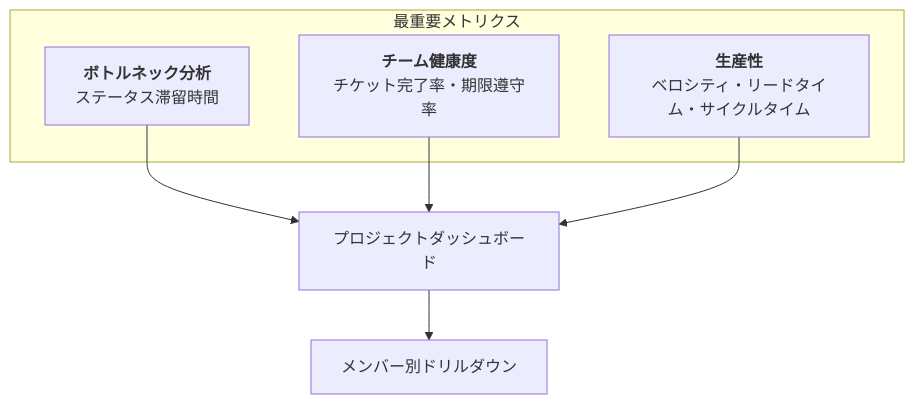
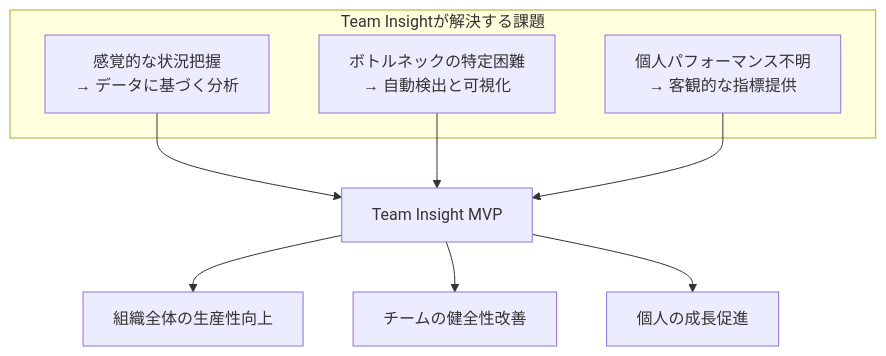
One commit to rasshii/team-insight changed the first of 12 diagrams in Doc/mvp.md. Above: the diagram before and after it, drawn with Mermaid. The commit also changed other lines of this file, not shown here.

Commit message:
Team Insight MVP 説明資料の更新: プロダクト概要をエグゼクティブサマリーに改名し、コアバリュープロポジションを追加。ユーザーロールと提供価値のセクションを整理し、システム全体像や権限管理モデルを視覚化。ダッシュボード機能の詳細を強化し、URL構成を明確化。

````diff
--- a/Doc/mvp.md
+++ b/Doc/mvp.md
@@ -93,13 +9,16 @@
 ```mermaid
-graph TD
-    subgraph "最重要メトリクス"
-        A["<b>ボトルネック分析</b><br>ステータス滞留時間"]
-        B["<b>チーム健康度</b><br>チケット完了率・期限遵守率"]
-        C["<b>生産性</b><br>ベロシティ・リードタイム・サイクルタイム"]
+graph TB
+    subgraph "Team Insightが解決する課題"
+        A[感覚的な状況把握<br>→ データに基づく分析]
+        B[ボトルネックの特定困難<br>→ 自動検出と可視化]
+        C[個人パフォーマンス不明<br>→ 客観的な指標提供]
     end
 
-    A --> D[プロジェクトダッシュボード]
+    A --> D[Team Insight MVP]
     B --> D
     C --> D
-    D --> E[メンバー別ドリルダウン]
+
+    D --> E[組織全体の生産性向上]
+    D --> F[チームの健全性改善]
+    D --> G[個人の成長促進]
 ```
````
